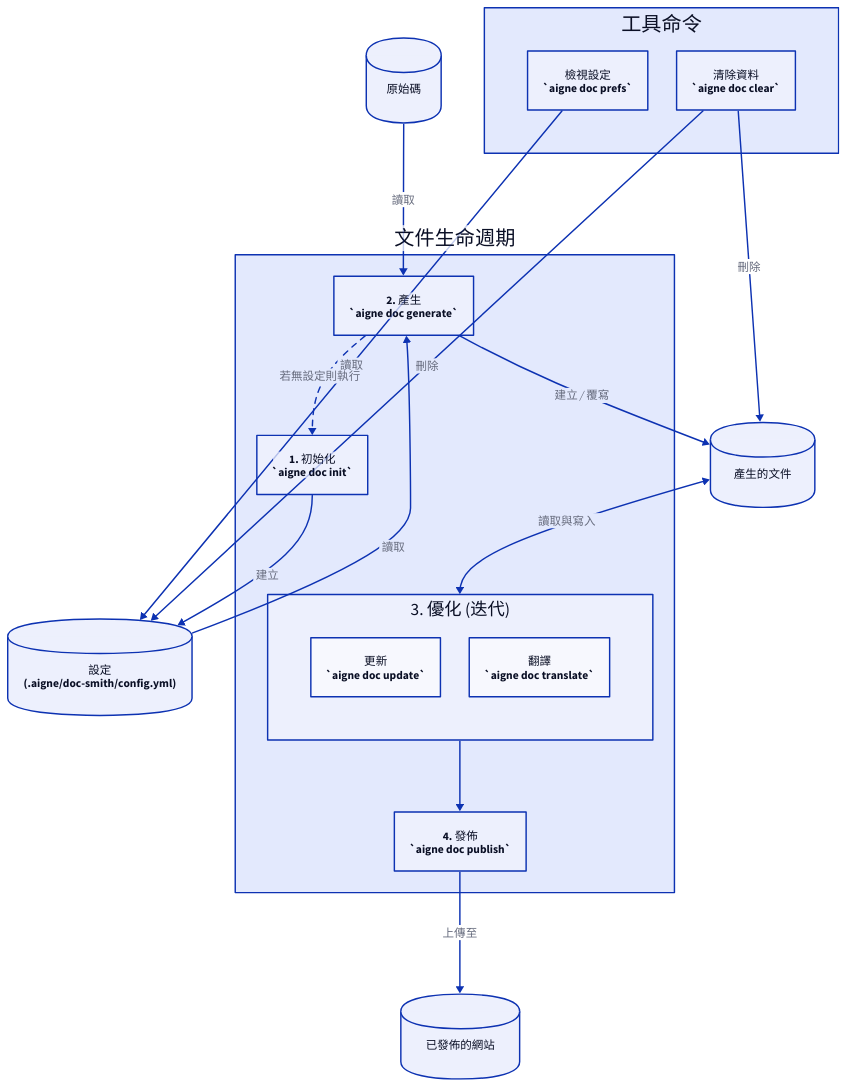
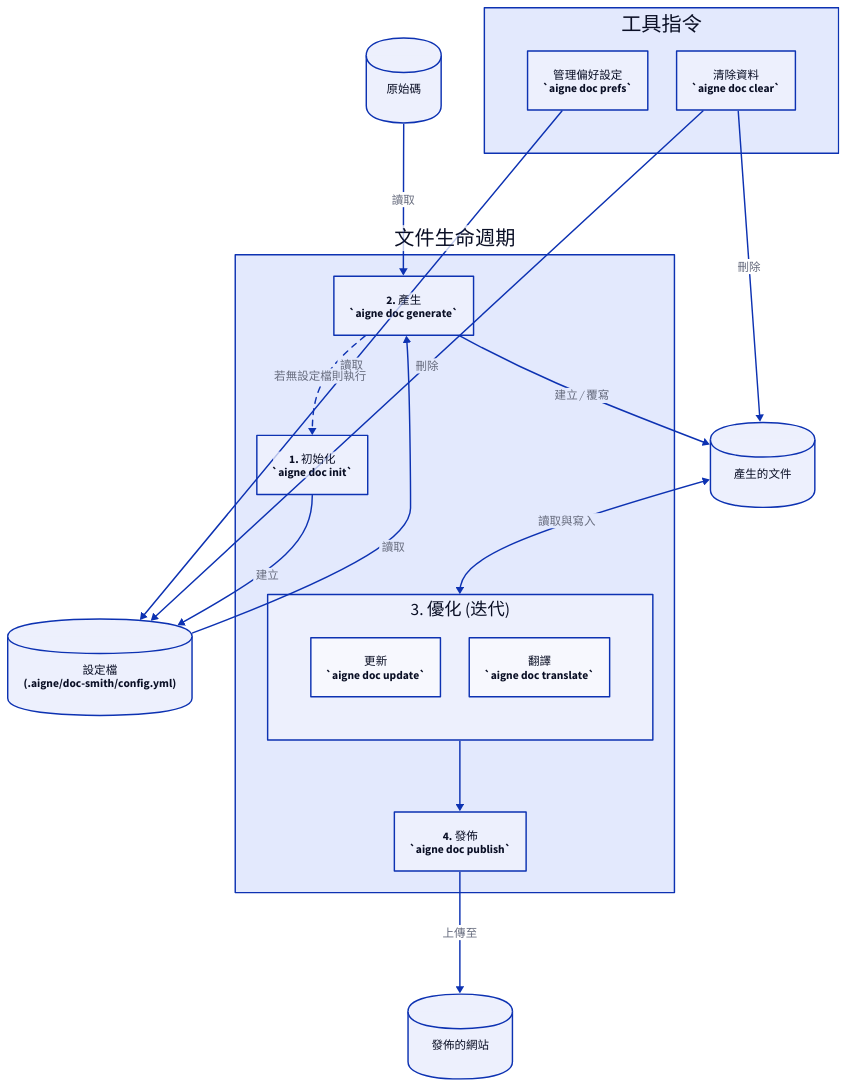
One commit to AIGNE-io/aigne-doc-smith changed the diagram in docs/cli-reference.zh-TW.md. Above: the diagram before and after it, drawn with D2. The commit also changed other lines of this file and 84 other files, not shown here.

````diff
--- a/docs/cli-reference.zh-TW.md
+++ b/docs/cli-reference.zh-TW.md
@@ -15,13 +15,13 @@
 ```d2
 direction: down
 
-# Artifacts
+# 產物
 Source-Code: {
   label: "原始碼"
   shape: cylinder
 }
 Configuration: {
-  label: "設定\n(.aigne/doc-smith/config.yml)"
+  label: "設定檔\n(.aigne/doc-smith/config.yml)"
   shape: cylinder
 }
 Generated-Docs: {
@@ -29,11 +29,11 @@
   shape: cylinder
 }
 Published-Docs: {
-  label: "已發佈的網站"
+  label: "發佈的網站"
   shape: cylinder
 }
 
-# --- Core Workflow ---
+# --- 核心工作流程 ---
 Lifecycle: {
   label: "文件生命週期"
   
@@ -67,13 +67,13 @@
   }
 }
 
-# --- Utility Commands ---
+# --- 工具指令 ---
 Utilities: {
-  label: "工具命令"
+  label: "工具指令"
   grid-columns: 2
   
   prefs: {
-    label: "檢視設定\n`aigne doc prefs`"
+    label: "管理偏好設定\n`aigne doc prefs`"
     shape: rectangle
   }
   clear: {
@@ -83,26 +83,26 @@
 }
 
 
-# --- Connections ---
+# --- 連線 ---
 
-# Setup and Generation
+# 設定與產生
 Lifecycle.init -> Configuration: "建立"
 Source-Code -> Lifecycle.generate: "讀取"
 Configuration -> Lifecycle.generate: "讀取"
 Lifecycle.generate -> Generated-Docs: "建立 / 覆寫"
 Lifecycle.generate -> Lifecycle.init: {
-  label: "若無設定則執行"
+  label: "若無設定檔則執行"
   style.stroke-dash: 4
 }
 
-# Refinement Loop
+# 優化迴圈
 Generated-Docs <-> Lifecycle.Refinement: "讀取與寫入"
 
-# Publishing
+# 發佈
 Lifecycle.Refinement -> Lifecycle.publish
 Lifecycle.publish -> Published-Docs: "上傳至"
 
-# Utility Connections
+# 工具連線
 Utilities.prefs -> Configuration: "讀取"
 Utilities.clear -> Configuration: "刪除"
 Utilities.clear -> Generated-Docs: "刪除"
````
